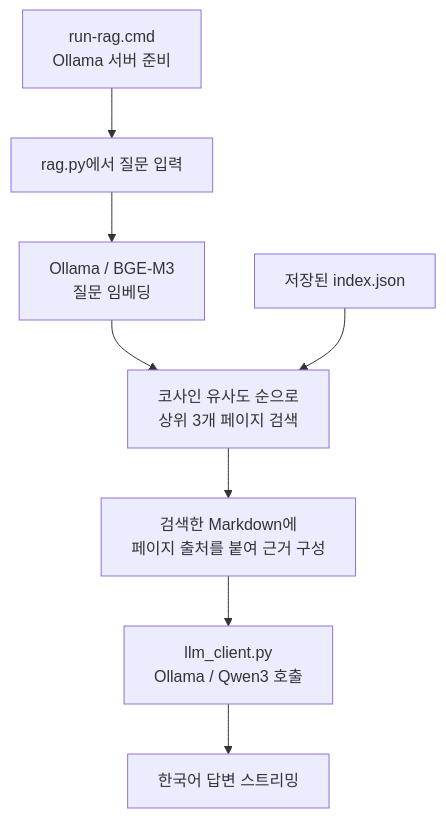
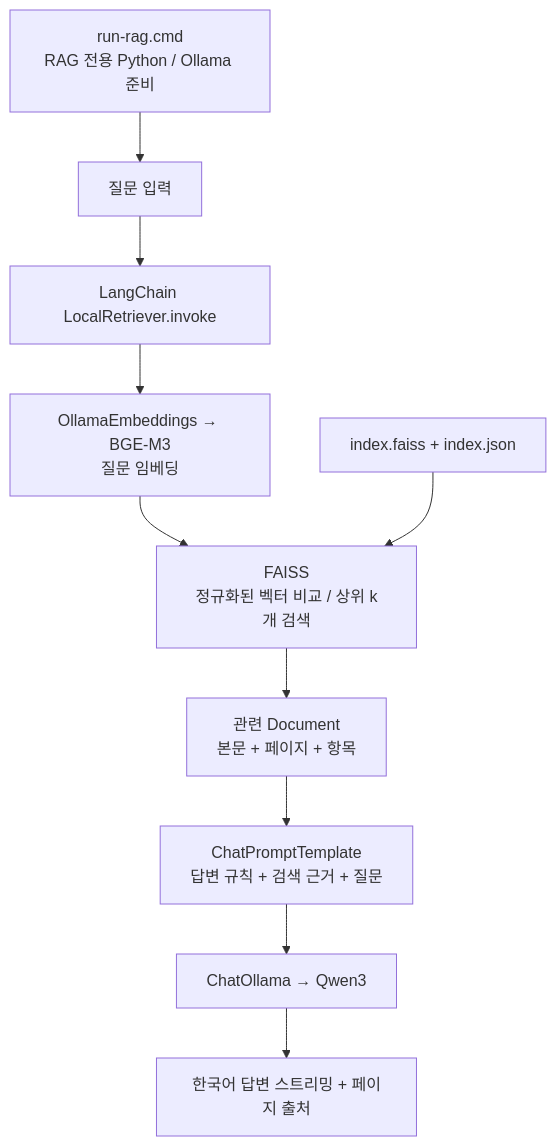
Before and after one commit to jimjimjinger/rag_activity: the second of 2 diagrams in README.md, drawn with Mermaid. The commit also changed other lines of this file and 14 other files, not shown here.

Commit message:
Integrate LangChain and FAISS with reviewed section-level chunks

````diff
--- a/README.md
+++ b/README.md
@@ -49,10 +67,12 @@
 ```mermaid
 flowchart TD
-    RUN["run-rag.cmd<br/>Ollama 서버 준비"] --> Q["rag.py에서 질문 입력"]
-    Q --> EMBED["Ollama / BGE-M3<br/>질문 임베딩"]
-    EMBED --> SEARCH["코사인 유사도 순으로<br/>상위 3개 페이지 검색"]
-    INDEX["저장된 index.json"] --> SEARCH
-    SEARCH --> CONTEXT["검색한 Markdown에<br/>페이지 출처를 붙여 근거 구성"]
-    CONTEXT --> CHAT["llm_client.py<br/>Ollama / Qwen3 호출"]
-    CHAT --> ANSWER["한국어 답변 스트리밍"]
+    RUN["run-rag.cmd<br/>RAG 전용 Python / Ollama 준비"] --> Q["질문 입력"]
+    Q --> RETRIEVER["LangChain LocalRetriever.invoke"]
+    RETRIEVER --> EMBED["OllamaEmbeddings → BGE-M3<br/>질문 임베딩"]
+    EMBED --> SEARCH["FAISS<br/>정규화된 벡터 비교 / 상위 k개 검색"]
+    INDEX["index.faiss + index.json"] --> SEARCH
+    SEARCH --> DOCS["관련 Document<br/>본문 + 페이지 + 항목"]
+    DOCS --> PROMPT["ChatPromptTemplate<br/>답변 규칙 + 검색 근거 + 질문"]
+    PROMPT --> QWEN["ChatOllama → Qwen3"]
+    QWEN --> ANSWER["한국어 답변 스트리밍 + 페이지 출처"]
 ```
````
